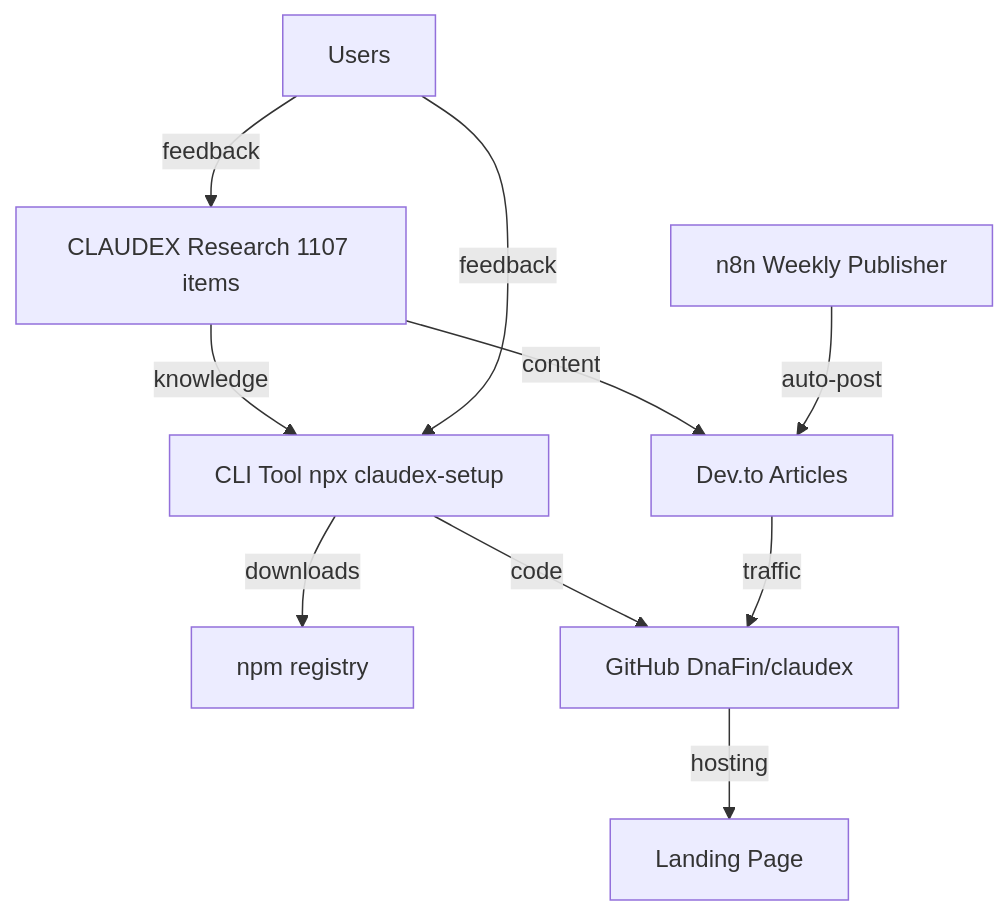
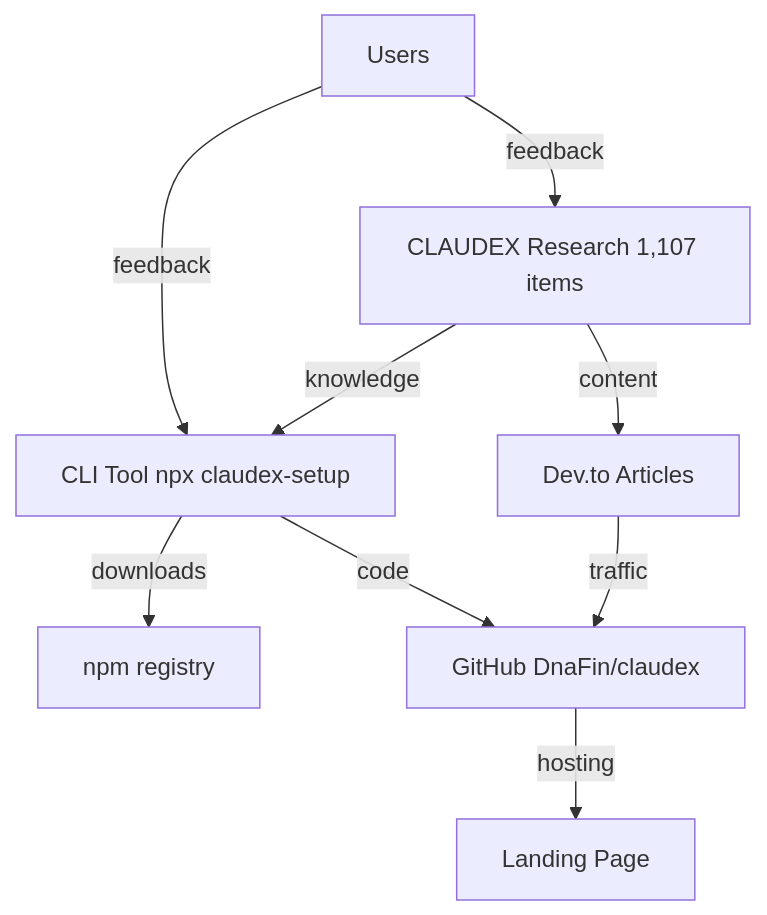
One commit to DnaFin/claudex-setup changed the diagram in CLAUDE.md. Above: the diagram before and after it, drawn with Mermaid. The commit also changed other lines of this file and 1 other file, not shown here.

````diff
--- a/CLAUDE.md
+++ b/CLAUDE.md
@@ -27,12 +28,11 @@
 ```mermaid
 graph TD
-    CLAUDEX[CLAUDEX Research 1107 items] -->|knowledge| CLI[CLI Tool npx claudex-setup]
+    CLAUDEX[CLAUDEX Research 1,107 items] -->|knowledge| CLI[CLI Tool npx claudex-setup]
     CLI -->|downloads| NPM[npm registry]
     CLI -->|code| GH[GitHub DnaFin/claudex]
     GH -->|hosting| LP[Landing Page]
     CLAUDEX -->|content| DT[Dev.to Articles]
     DT -->|traffic| GH
-    N8N[n8n Weekly Publisher] -->|auto-post| DT
     Users -->|feedback| CLI
     Users -->|feedback| CLAUDEX
 ```
````
